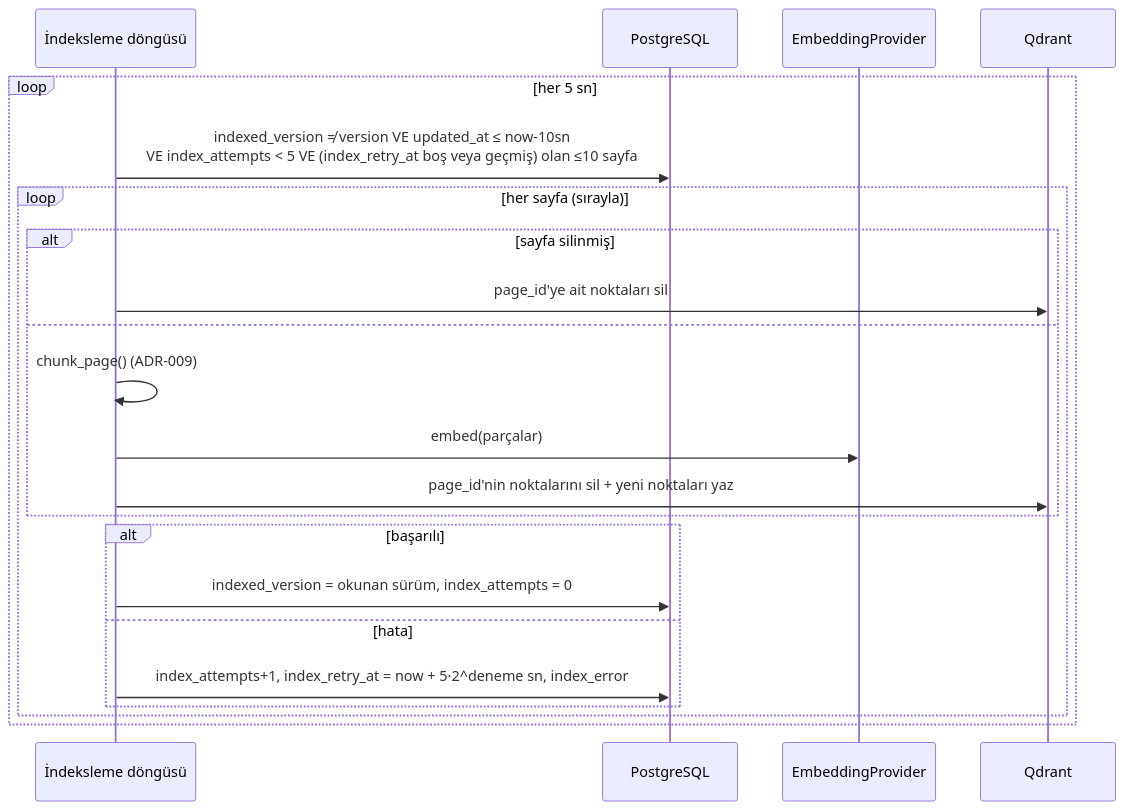
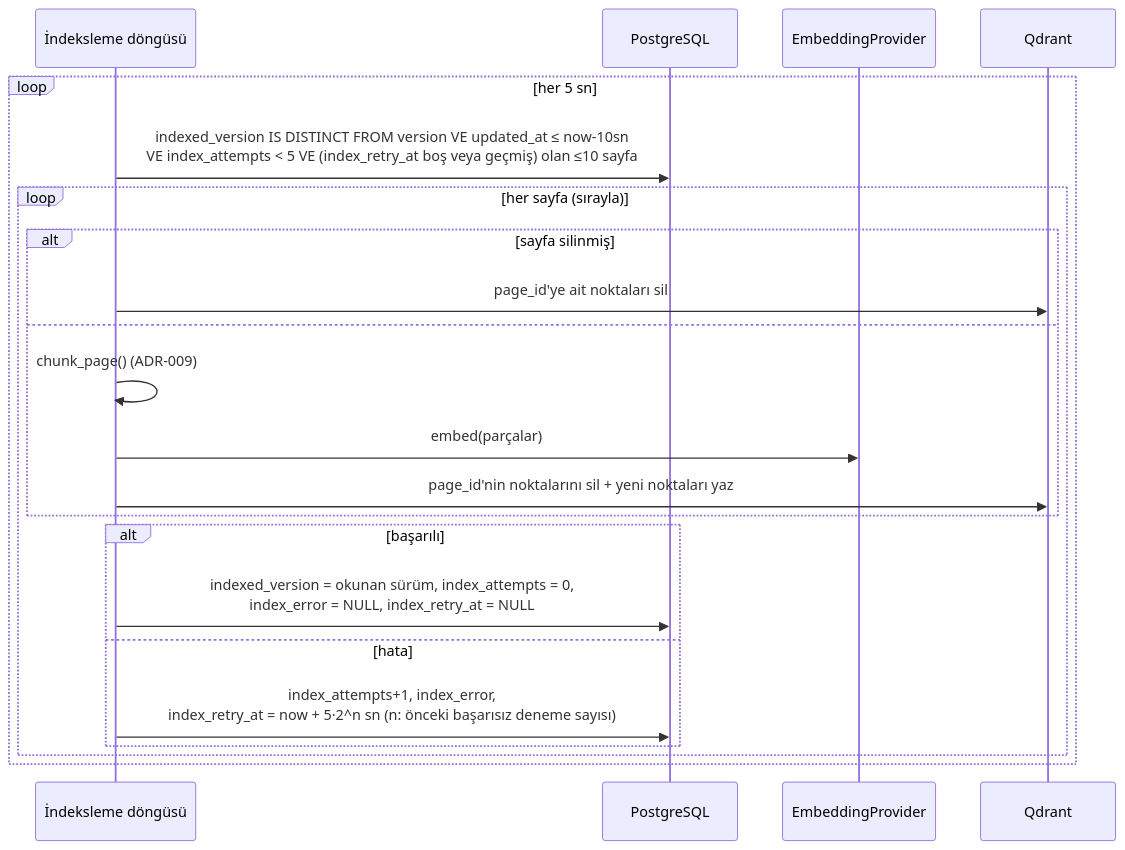
One commit to semihbekdas/sari-takim-kovan changed the third of 4 diagrams in docs/architecture.md. Above: the diagram before and after it, drawn with Mermaid. The commit also changed other lines of this file and 2 other files, not shown here.

First line of the commit message:
docs: indeksleme koşulu NULL güvenli; sürüm kontrolü UPDATE'in kendi koşulu

````diff
--- a/docs/architecture.md
+++ b/docs/architecture.md
@@ -152,24 +157,24 @@
 ```mermaid
 sequenceDiagram
     participant L as İndeksleme döngüsü
     participant DB as PostgreSQL
     participant E as EmbeddingProvider
     participant Q as Qdrant
     loop her 5 sn
-        L->>DB: indexed_version ≠ version VE updated_at ≤ now-10sn<br/>VE index_attempts < 5 VE (index_retry_at boş veya geçmiş) olan ≤10 sayfa
+        L->>DB: indexed_version IS DISTINCT FROM version VE updated_at ≤ now-10sn<br/>VE index_attempts < 5 VE (index_retry_at boş veya geçmiş) olan ≤10 sayfa
         loop her sayfa (sırayla)
             alt sayfa silinmiş
                 L->>Q: page_id'ye ait noktaları sil
             else
                 L->>L: chunk_page() (ADR-009)
                 L->>E: embed(parçalar)
                 L->>Q: page_id'nin noktalarını sil + yeni noktaları yaz
             end
             alt başarılı
-                L->>DB: indexed_version = okunan sürüm, index_attempts = 0
+                L->>DB: indexed_version = okunan sürüm, index_attempts = 0,<br/>index_error = NULL, index_retry_at = NULL
             else hata
-                L->>DB: index_attempts+1, index_retry_at = now + 5·2^deneme sn, index_error
+                L->>DB: index_attempts+1, index_error,<br/>index_retry_at = now + 5·2^n sn (n: önceki başarısız deneme sayısı)
             end
         end
     end
 ```
````
